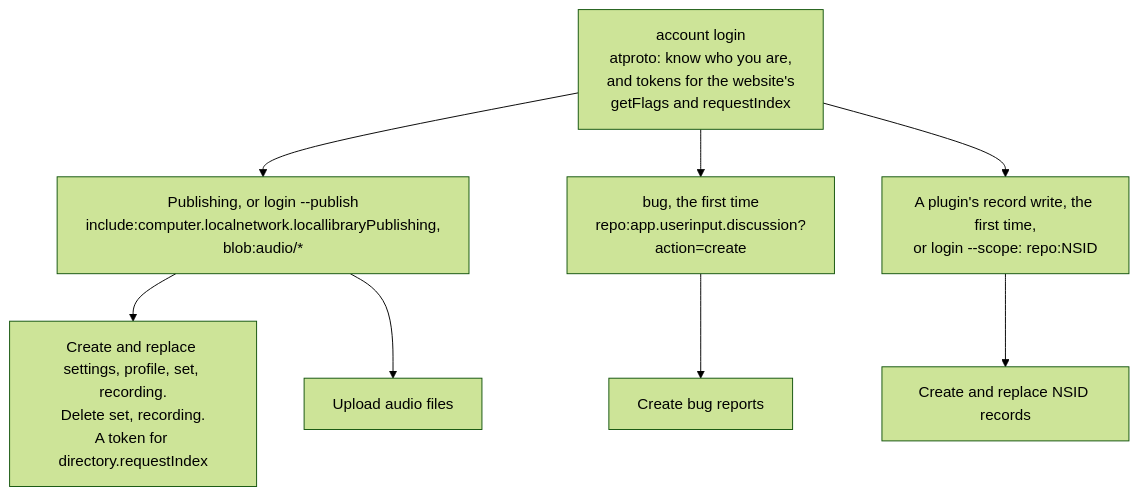
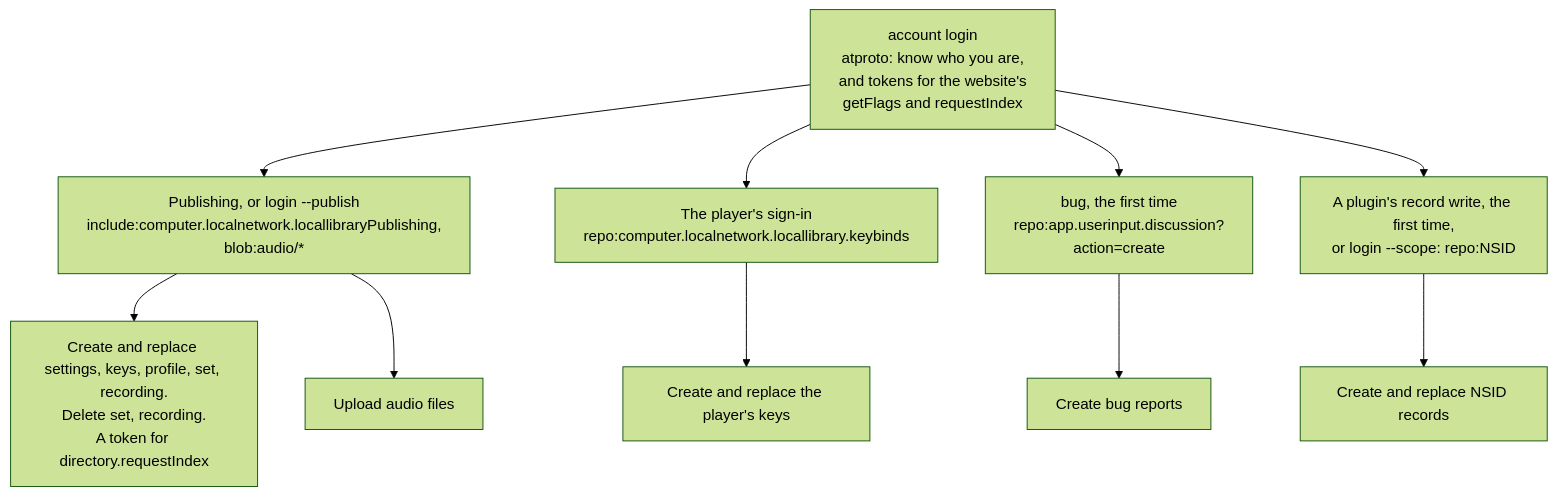
Before and after one commit to cutenode/localnetwork: the third of 12 diagrams in apps/locallibrary/docs/diagrams/accounts.md, drawn with Mermaid (forest theme). The commit also changed 186 other files, not shown here.

````diff
--- a/apps/locallibrary/docs/diagrams/accounts.md
+++ b/apps/locallibrary/docs/diagrams/accounts.md
@@ -79,10 +79,12 @@
 ```mermaid
 flowchart TD
     plain["account login<br/>atproto: know who you are,<br/>and tokens for the website's<br/>getFlags and requestIndex"] --> publish["Publishing, or login --publish<br/>include:computer.localnetwork.locallibraryPublishing,<br/>blob:audio/*"]
+    plain --> player["The player's sign-in<br/>repo:computer.localnetwork.locallibrary.keybinds"]
     plain --> report["bug, the first time<br/>repo:app.userinput.discussion?action=create"]
     plain --> plugin["A plugin's record write, the first time,<br/>or login --scope: repo:NSID"]
-    publish --> records["Create and replace settings, profile, set, recording.<br/>Delete set, recording.<br/>A token for directory.requestIndex"]
+    publish --> records["Create and replace settings, keys, profile, set, recording.<br/>Delete set, recording.<br/>A token for directory.requestIndex"]
     publish --> upload["Upload audio files"]
+    player --> keys["Create and replace the player's keys"]
     report --> discussion["Create bug reports"]
     plugin --> written["Create and replace NSID records"]
 ```
````
